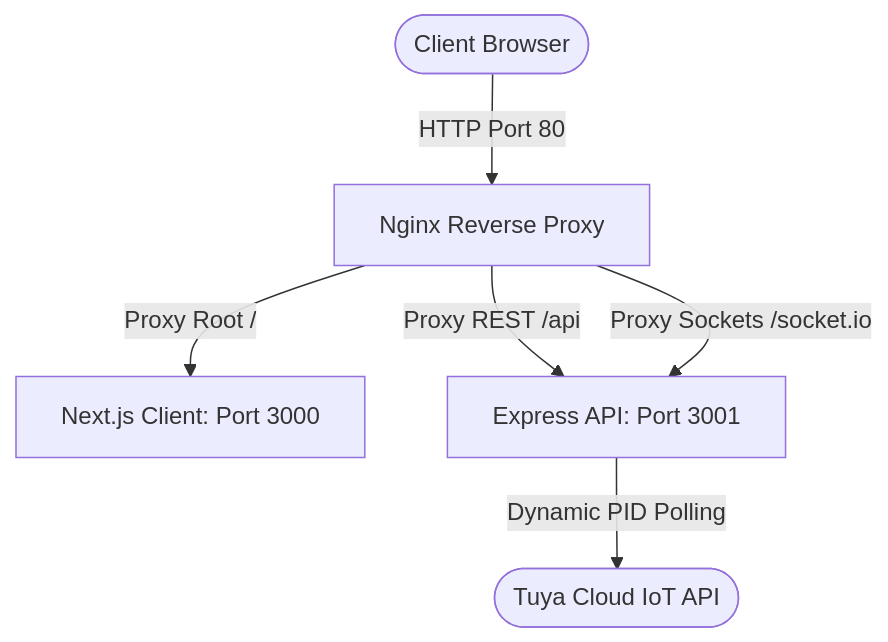
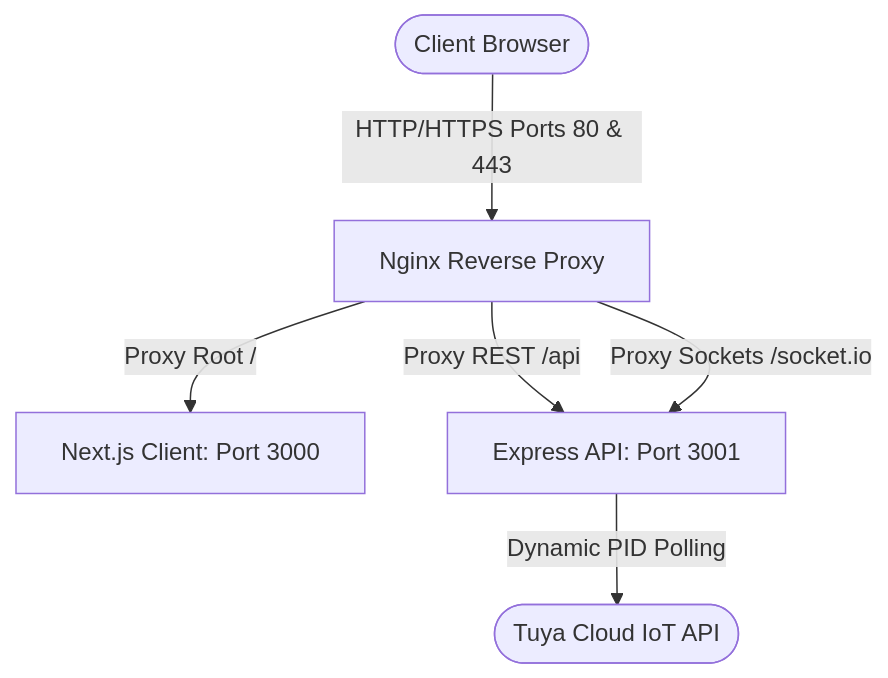
The diagram in README.md (linux2z/Elenza-Tuya-Cloud), drawn with Mermaid before and after one commit. The commit also changed other lines of this file and 5 other files, not shown here.

````diff
--- a/README.md
+++ b/README.md
@@ -9,8 +50,8 @@
 ```mermaid
 graph TD
-  User([Client Browser]) -->|HTTP Port 80| Nginx[Nginx Reverse Proxy]
+  User([Client Browser]) -->|HTTP/HTTPS Ports 80 & 443| Nginx[Nginx Reverse Proxy]
   Nginx -->|Proxy Root /| NextJS[Next.js Client: Port 3000]
   Nginx -->|Proxy REST /api| NodeAPI[Express API: Port 3001]
   Nginx -->|Proxy Sockets /socket.io| NodeAPI
   NodeAPI -->|Dynamic PID Polling| TuyaCloud([Tuya Cloud IoT API])
 ```
````
